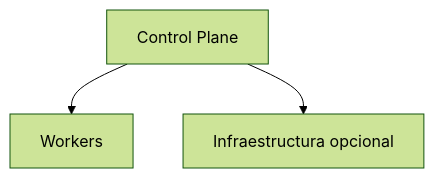
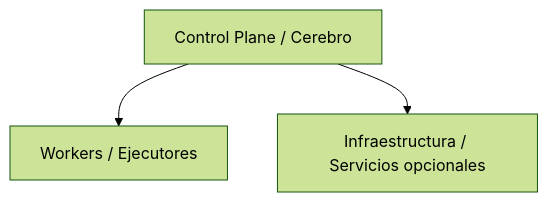
Before and after one commit to ieftraining/curso-openshift: the first of 5 diagrams in docs/sesion1/1.5 Arquitectura cluster.md, drawn with Mermaid (forest theme). The commit also changed other lines of this file, not shown here.

````diff
--- a/docs/sesion1/1.5 Arquitectura cluster.md
+++ b/docs/sesion1/1.5 Arquitectura cluster.md
@@ -24,9 +22,9 @@
 ```mermaid
 flowchart TD
-    CP[Control Plane]
-    W[Workers]
-    I[Infraestructura opcional]
+    CP[Control Plane / Cerebro]
+    W[Workers / Ejecutores]
+    I[Infraestructura / Servicios opcionales]
 
     CP --> W
     CP --> I
 ```
````
